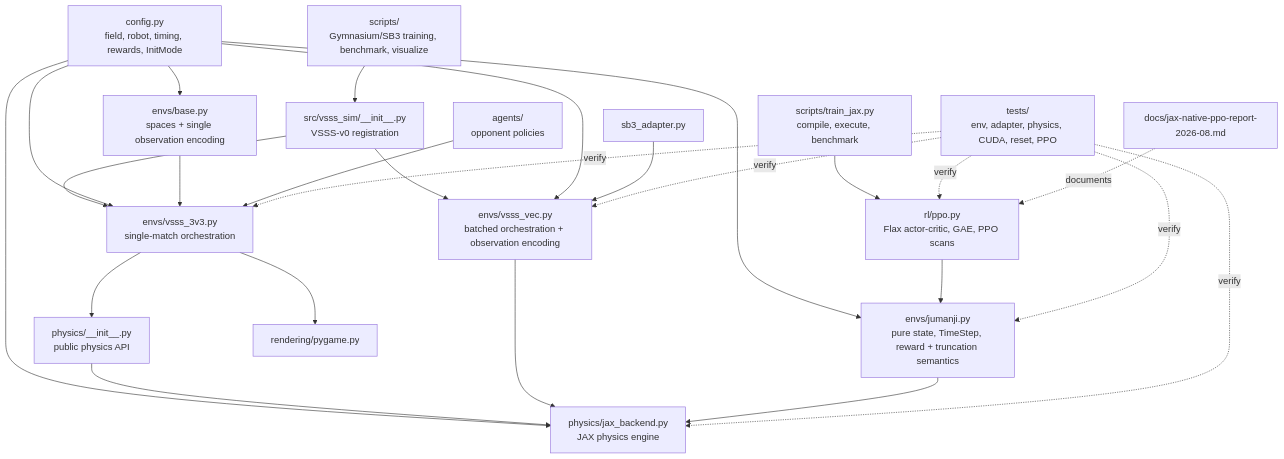
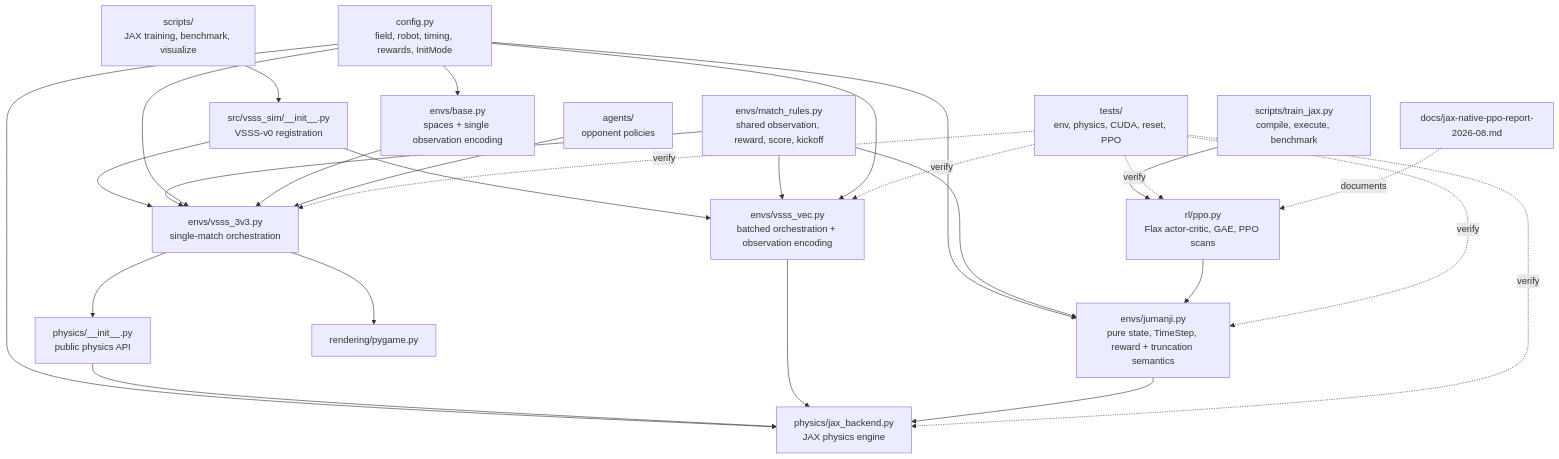
The eighth of 8 diagrams in STRUCTURE.md (canhotuctor/vsss-sim), drawn with Mermaid before and after one commit. The commit also changed other lines of this file and 35 other files, not shown here.

Commit message:
Unify match rules and remove SB3

````diff
--- a/STRUCTURE.md
+++ b/STRUCTURE.md
@@ -338,43 +277,45 @@
 ```mermaid
 flowchart TD
     registration["src/vsss_sim/__init__.py<br/>VSSS-v0 registration"]
     config["config.py<br/>field, robot, timing, rewards, InitMode"]
     base["envs/base.py<br/>spaces + single observation encoding"]
     single["envs/vsss_3v3.py<br/>single-match orchestration"]
     vector["envs/vsss_vec.py<br/>batched orchestration + observation encoding"]
     jumanji["envs/jumanji.py<br/>pure state, TimeStep, reward + truncation semantics"]
+    matchrules["envs/match_rules.py<br/>shared observation, reward, score, kickoff"]
     ppo["rl/ppo.py<br/>Flax actor-critic, GAE, PPO scans"]
     physicsapi["physics/__init__.py<br/>public physics API"]
     jax["physics/jax_backend.py<br/>JAX physics engine"]
     agents["agents/<br/>opponent policies"]
     render["rendering/pygame.py"]
-    adapter["sb3_adapter.py"]
     trainjax["scripts/train_jax.py<br/>compile, execute, benchmark"]
-    scripts["scripts/<br/>Gymnasium/SB3 training, benchmark, visualize"]
-    tests["tests/<br/>env, adapter, physics, CUDA, reset, PPO"]
+    scripts["scripts/<br/>JAX training, benchmark, visualize"]
+    tests["tests/<br/>env, physics, CUDA, reset, PPO"]
     report["docs/jax-native-ppo-report-2026-08.md"]
 
     registration --> single
     registration --> vector
     config --> jumanji
+    matchrules --> single
+    matchrules --> vector
+    matchrules --> jumanji
     config --> base
     config --> single
     config --> vector
     config --> jax
     base --> single
     agents --> single
     single --> physicsapi --> jax
     vector --> jax
     jumanji --> jax
     ppo --> jumanji
     trainjax --> ppo
     single --> render
-    adapter --> vector
     scripts --> registration
     tests -. verify .-> single
     tests -. verify .-> vector
     tests -. verify .-> jumanji
     tests -. verify .-> ppo
     tests -. verify .-> jax
     report -. documents .-> ppo
 ```
````
